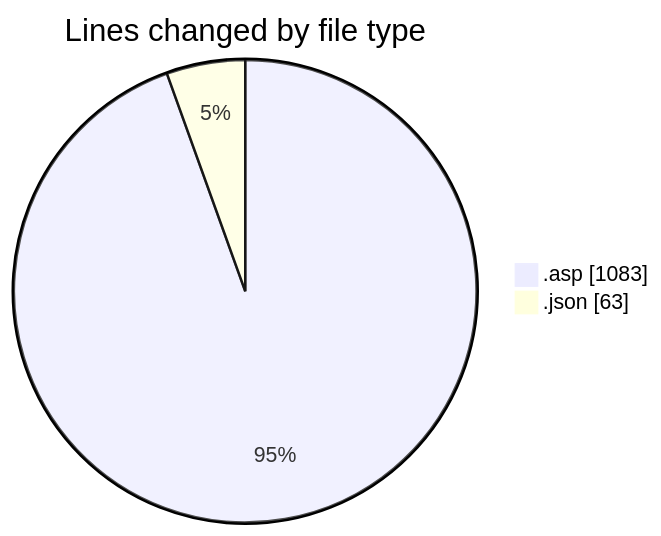
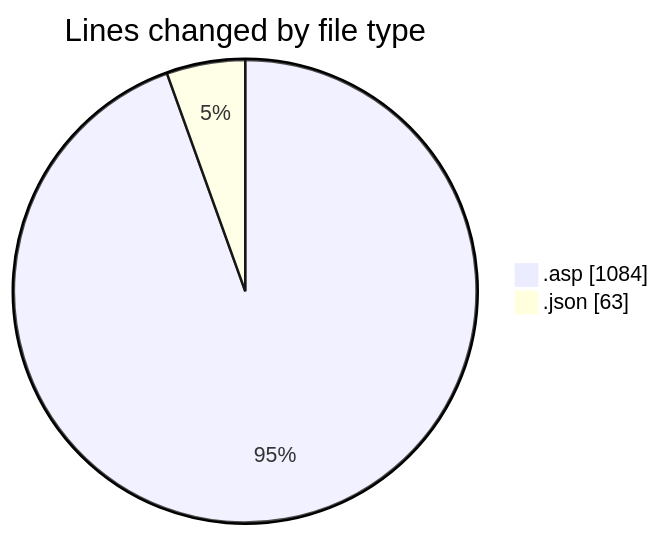
The first of 2 diagrams in 2025-10-20/usr_aleoudev_fr__workspace_/README.md (julien-gomy/code-tracking), drawn with Mermaid before and after one commit. The commit also changed other lines of this file and 1 other file, not shown here.

````diff
--- a/2025-10-20/usr_aleoudev_fr__workspace_/README.md
+++ b/2025-10-20/usr_aleoudev_fr__workspace_/README.md
@@ -23,6 +23,6 @@
 ```mermaid
 pie showData
 title Lines changed by file type
-".asp" : 1083
+".asp" : 1084
 ".json" : 63
 ```
````
